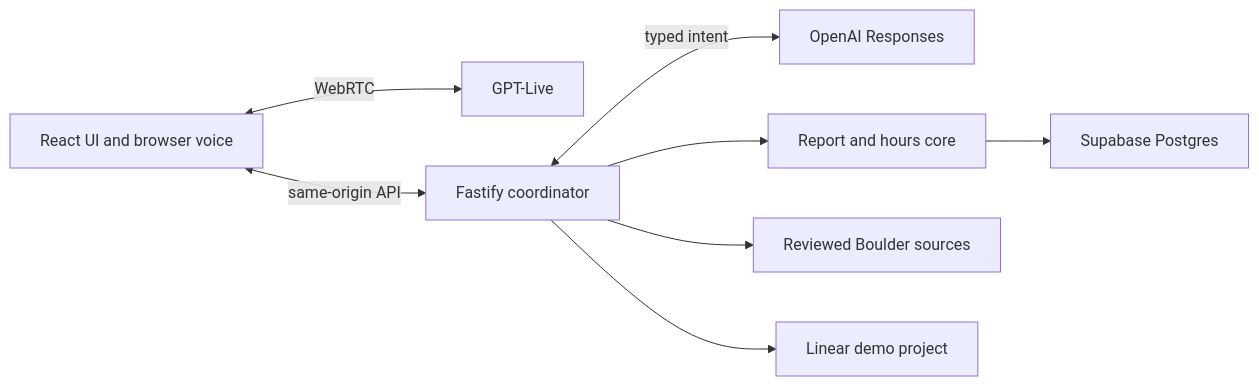
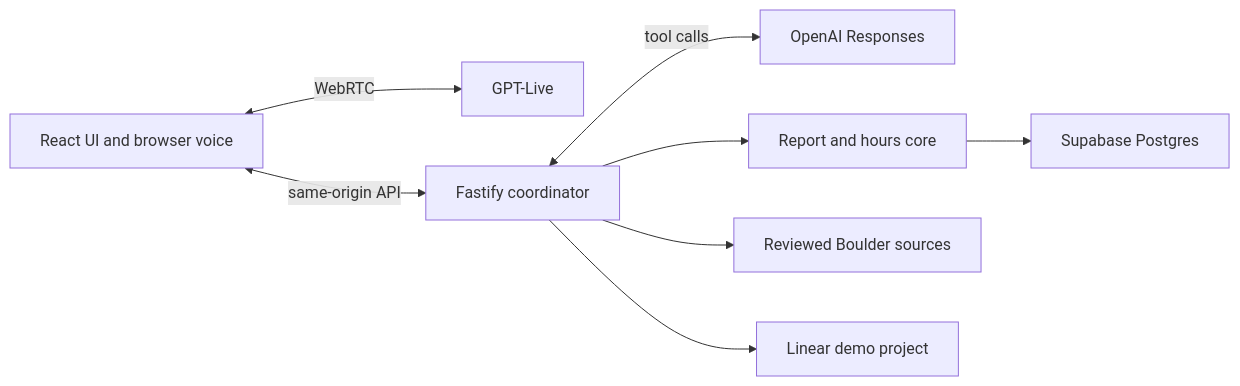
The diagram in WRITEUP.md (drore/threefold-boulder-voice-agent), drawn with Mermaid before and after one commit. The commit also changed other lines of this file and 20 other files, not shown here.

First line of the commit message:
feat(voice): replace intent classification with tool-calling reasoning

````diff
--- a/WRITEUP.md
+++ b/WRITEUP.md
@@ -5,10 +5,10 @@
 ```mermaid
 flowchart LR
   UI[React UI and browser voice] <-->|WebRTC| Live[GPT-Live]
   UI <-->|same-origin API| Server[Fastify coordinator]
-  Server <-->|typed intent| Model[OpenAI Responses]
+  Server <-->|tool calls| Model[OpenAI Responses]
   Server --> Core[Report and hours core]
   Core --> DB[Supabase Postgres]
   Server --> Knowledge[Reviewed Boulder sources]
   Server --> Linear[Linear demo project]
 ```
````
